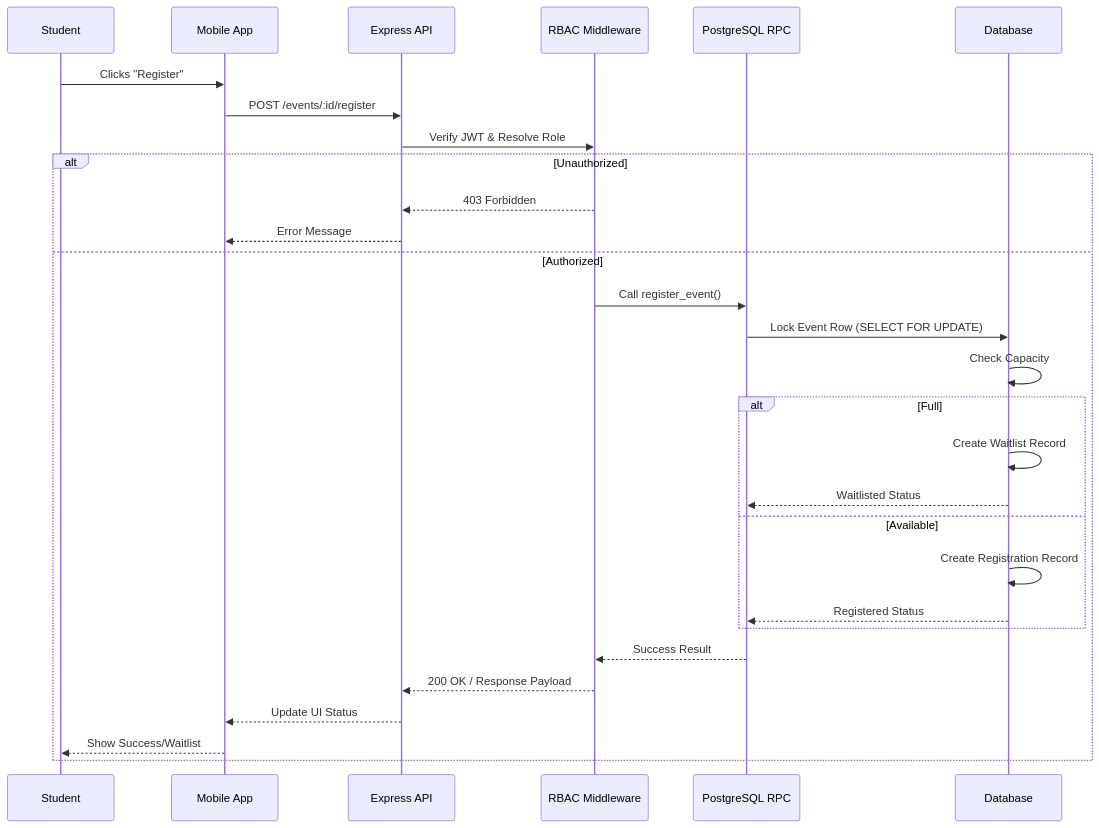
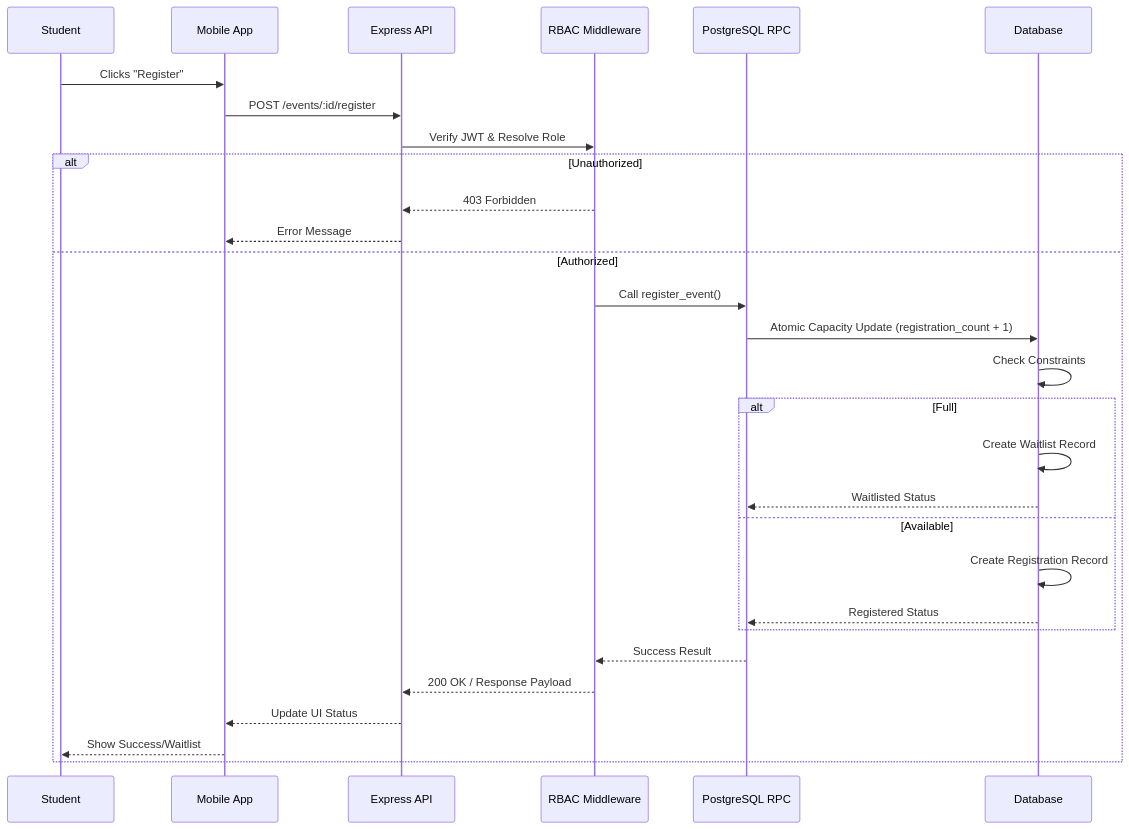
Before and after one commit to sohamdhande/nst-events-docs: the diagram in docs/diagrams/21-request-lifecycle.md, drawn with Mermaid. The commit also changed 4 other files, not shown here.

Commit message:
docs: reconcile diagrams with frozen v1 architecture

````diff
--- a/docs/diagrams/21-request-lifecycle.md
+++ b/docs/diagrams/21-request-lifecycle.md
@@ -5,32 +5,32 @@
 ```mermaid
 sequenceDiagram
     participant Student
     participant Mobile as Mobile App
     participant API as Express API
     participant RBAC as RBAC Middleware
     participant RPC as PostgreSQL RPC
     participant DB as Database
 
     Student->>Mobile: Clicks "Register"
     Mobile->>API: POST /events/:id/register
     API->>RBAC: Verify JWT & Resolve Role
     alt Unauthorized
         RBAC-->>API: 403 Forbidden
         API-->>Mobile: Error Message
     else Authorized
         RBAC->>RPC: Call register_event()
-        RPC->>DB: Lock Event Row (SELECT FOR UPDATE)
-        DB->>DB: Check Capacity
+        RPC->>DB: Atomic Capacity Update (registration_count + 1)
+        DB->>DB: Check Constraints
         alt Full
             DB->>DB: Create Waitlist Record
             DB-->>RPC: Waitlisted Status
         else Available
             DB->>DB: Create Registration Record
             DB-->>RPC: Registered Status
         end
         RPC-->>RBAC: Success Result
         RBAC-->>API: 200 OK / Response Payload
         API-->>Mobile: Update UI Status
         Mobile-->>Student: Show Success/Waitlist
     end
 ```
````
